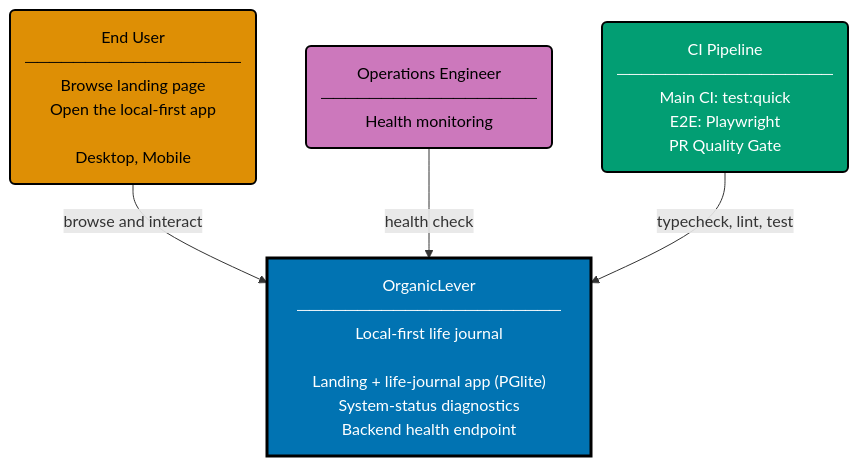
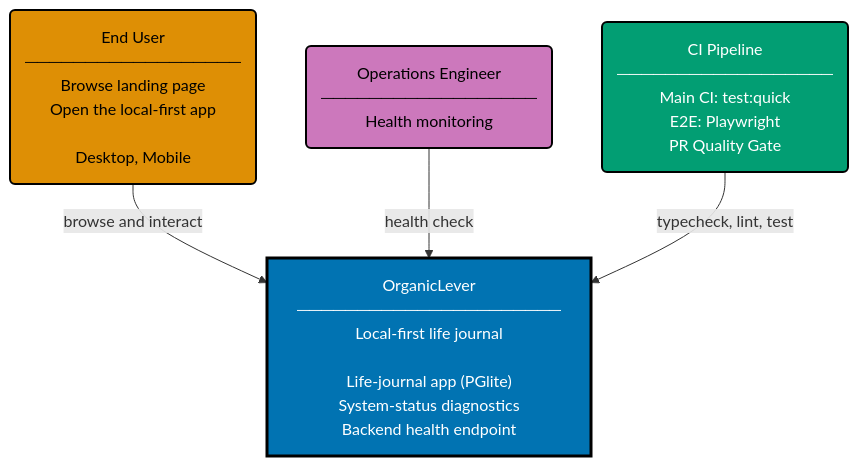
Before and after one commit to wahidyankf/open-sharia-enterprise: the diagram in specs/apps/organiclever/system-context/context.md, drawn with Mermaid. The commit also changed 5 other files, not shown here.

First line of the commit message:
docs(specs+governance): convert genuine flow diagrams to mermaid

````diff
--- a/specs/apps/organiclever/system-context/context.md
+++ b/specs/apps/organiclever/system-context/context.md
@@ -9,20 +9,20 @@
 ```mermaid
 %% Color Palette: Blue #0173B2 | Orange #DE8F05 | Teal #029E73 | Purple #CC78BC | Brown #CA9161 | Gray #808080
 graph TD
     EU("End User<br/>──────────────────<br/>Browse landing page<br/>Open the local-first app<br/><br/>Desktop, Mobile"):::actor
 
     OPS("Operations Engineer<br/>──────────────────<br/>Health monitoring"):::actor_ops
 
-    SYSTEM["OrganicLever<br/>──────────────────────<br/>Local-first life journal<br/><br/>Landing + life-journal app (PGlite)<br/>System-status diagnostics<br/>Backend health endpoint"]:::system
+    SYSTEM["OrganicLever<br/>──────────────────────<br/>Local-first life journal<br/><br/>Life-journal app (PGlite)<br/>System-status diagnostics<br/>Backend health endpoint"]:::system
 
     CI("CI Pipeline<br/>──────────────────<br/>Main CI: test:quick<br/>E2E: Playwright<br/>PR Quality Gate"):::ci
 
     EU -->|"browse and interact"| SYSTEM
     OPS -->|"health check"| SYSTEM
     CI -->|"typecheck, lint, test"| SYSTEM
 
     classDef actor fill:#DE8F05,stroke:#000000,color:#000000,stroke-width:2px
     classDef actor_ops fill:#CC78BC,stroke:#000000,color:#000000,stroke-width:2px
     classDef system fill:#0173B2,stroke:#000000,color:#FFFFFF,stroke-width:3px
     classDef ci fill:#029E73,stroke:#000000,color:#FFFFFF,stroke-width:2px
 ```
````
